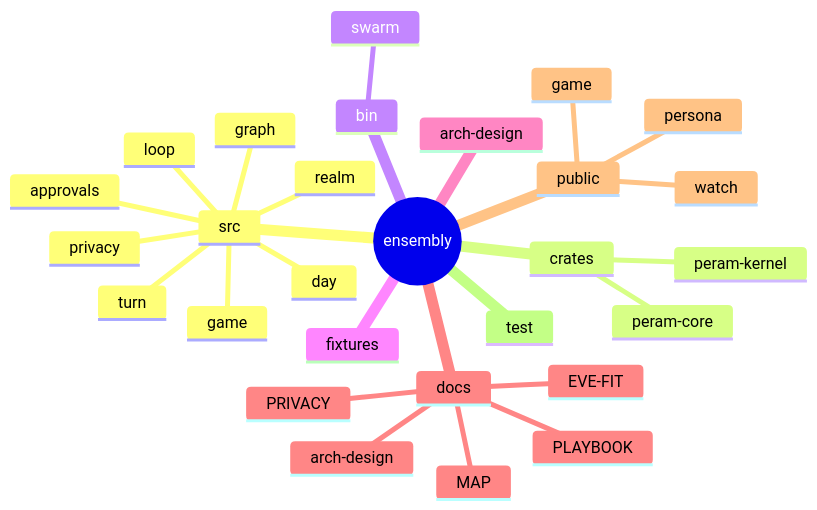
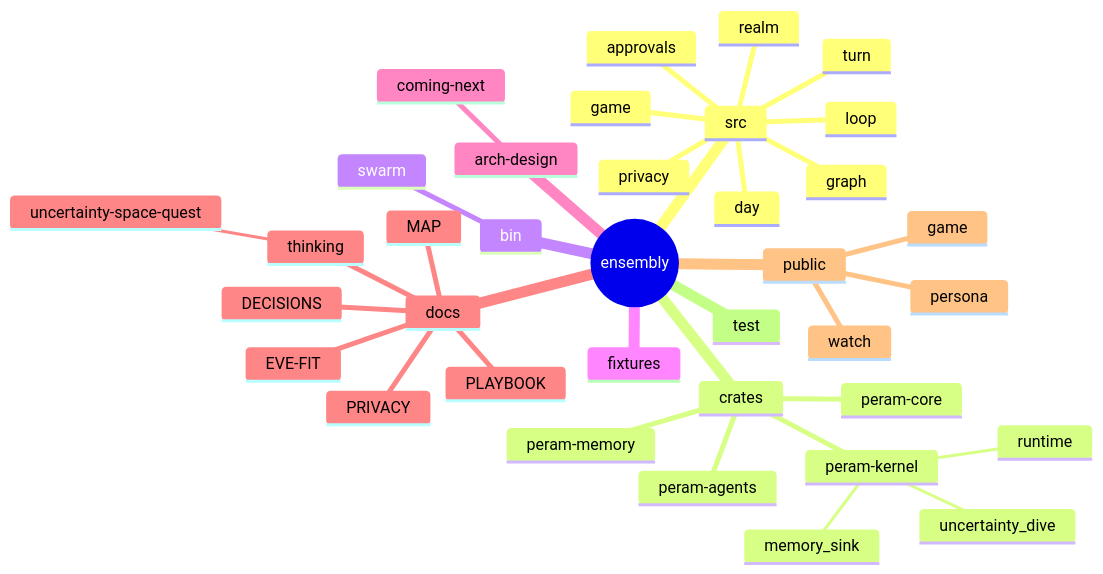
One commit to thecuriousts/ensembly changed diagram 16 of 16 in docs/arch-design/coming-next.md. Above: the diagram before and after it, drawn with Mermaid. The commit also changed other lines of this file and 5 other files, not shown here.

First line of the commit message:
Reframe uncertainty quest to space-era and refresh stellar spacemap.

````diff
--- a/docs/arch-design/coming-next.md
+++ b/docs/arch-design/coming-next.md
@@ -538,31 +607,39 @@
 ```mermaid
 mindmap
   root((ensembly))
     src
       day
       realm
       approvals
       turn
       graph
       privacy
       loop
       game
     crates
       peram-kernel
+        uncertainty_dive
+        runtime
+        memory_sink
       peram-core
+      peram-memory
+      peram-agents
     bin
       swarm
     fixtures
     arch-design
+      coming-next
     docs
-      arch-design
+      thinking
+        uncertainty-space-quest
       EVE-FIT
       PRIVACY
       MAP
       PLAYBOOK
+      DECISIONS
     public
       game
       watch
       persona
     test
 ```
````
